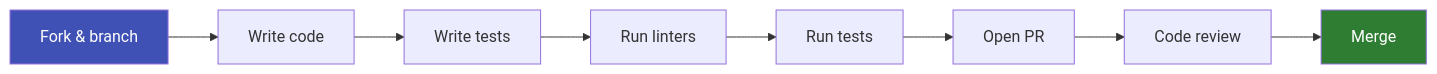
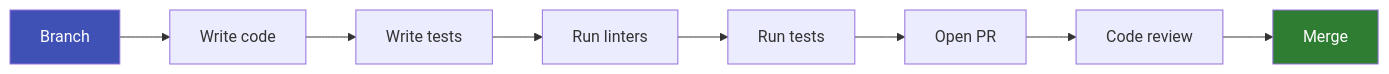
One commit to Techies-Africa/mailyte-mail-server-community changed the diagram in docs/development/index.md. Above: the diagram before and after it, drawn with Mermaid. The commit also changed other lines of this file and 481 other files, not shown here.

````diff
--- a/docs/development/index.md
+++ b/docs/development/index.md
@@ -171,12 +164,12 @@
 ```mermaid
 flowchart LR
-    A["Fork & branch"] --> B["Write code"]
+    A["Branch"] --> B["Write code"]
     B --> C["Write tests"]
     C --> D["Run linters"]
     D --> E["Run tests"]
     E --> F["Open PR"]
     F --> G["Code review"]
     G --> H["Merge"]
     style A fill:#4051b5,color:#fff
     style H fill:#2e7d32,color:#fff
 ```
````
